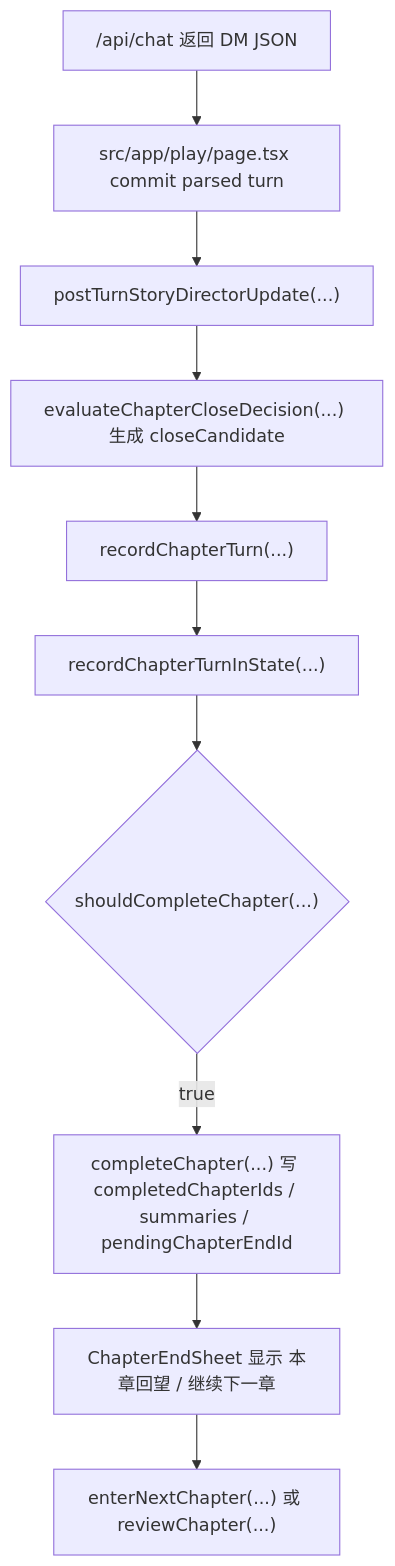
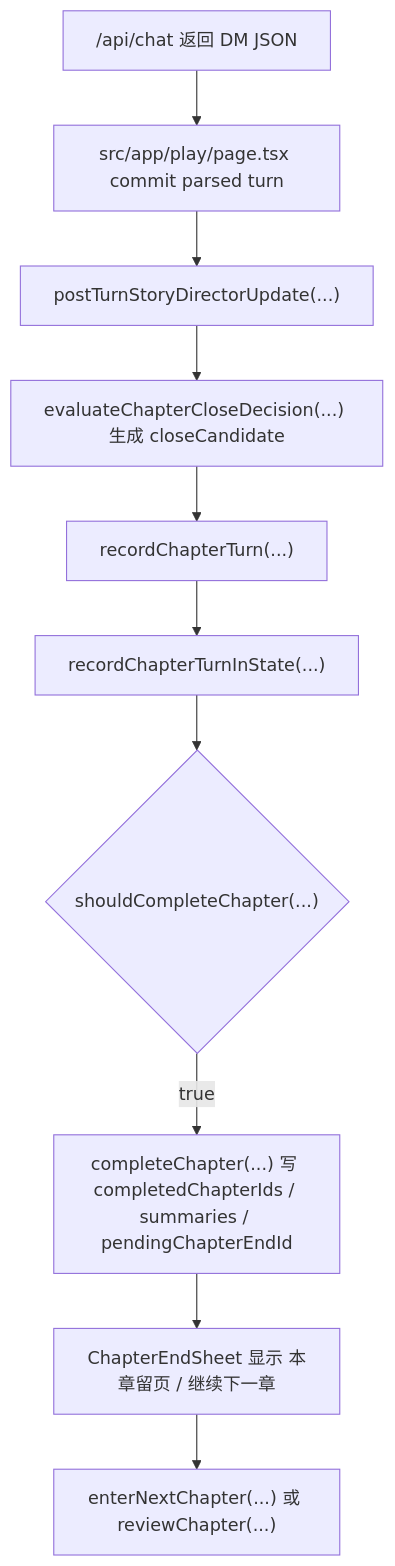
Before and after one commit to bei666qi-pan/VerseCraft: the first of 6 diagrams in docs/ending-system-audit.md, drawn with Mermaid. The commit also changed other lines of this file and 49 other files, not shown here.

Commit message:
fix: polish narrative flow and player prompts

````diff
--- a/docs/ending-system-audit.md
+++ b/docs/ending-system-audit.md
@@ -20,12 +20,12 @@
 ```mermaid
 flowchart TD
   A["/api/chat 返回 DM JSON"] --> B["src/app/play/page.tsx commit parsed turn"]
   B --> C["postTurnStoryDirectorUpdate(...)"]
   C --> D["evaluateChapterCloseDecision(...) 生成 closeCandidate"]
   D --> E["recordChapterTurn(...)"]
   E --> F["recordChapterTurnInState(...)"]
   F --> G{"shouldCompleteChapter(...)"}
   G -- true --> H["completeChapter(...) 写 completedChapterIds / summaries / pendingChapterEndId"]
-  H --> I["ChapterEndSheet 显示 本章回望 / 继续下一章"]
+  H --> I["ChapterEndSheet 显示 本章留页 / 继续下一章"]
   I --> J["enterNextChapter(...) 或 reviewChapter(...)"]
 ```
````
